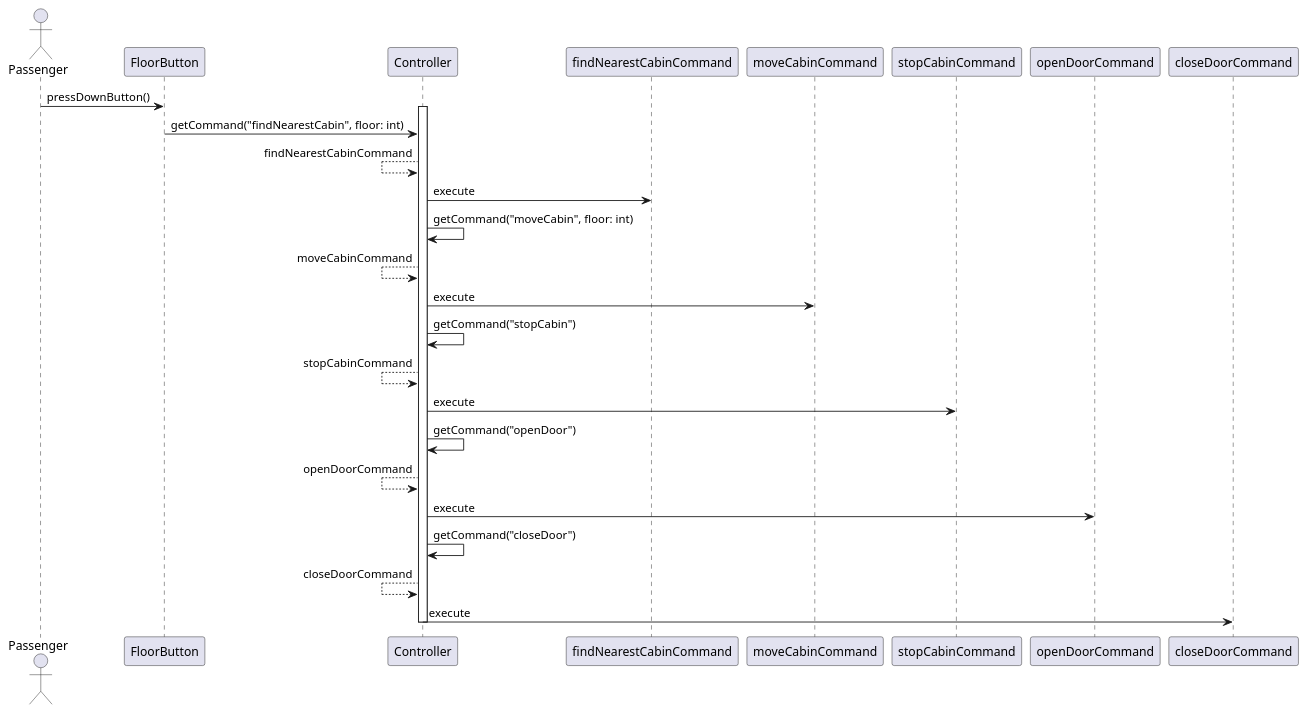
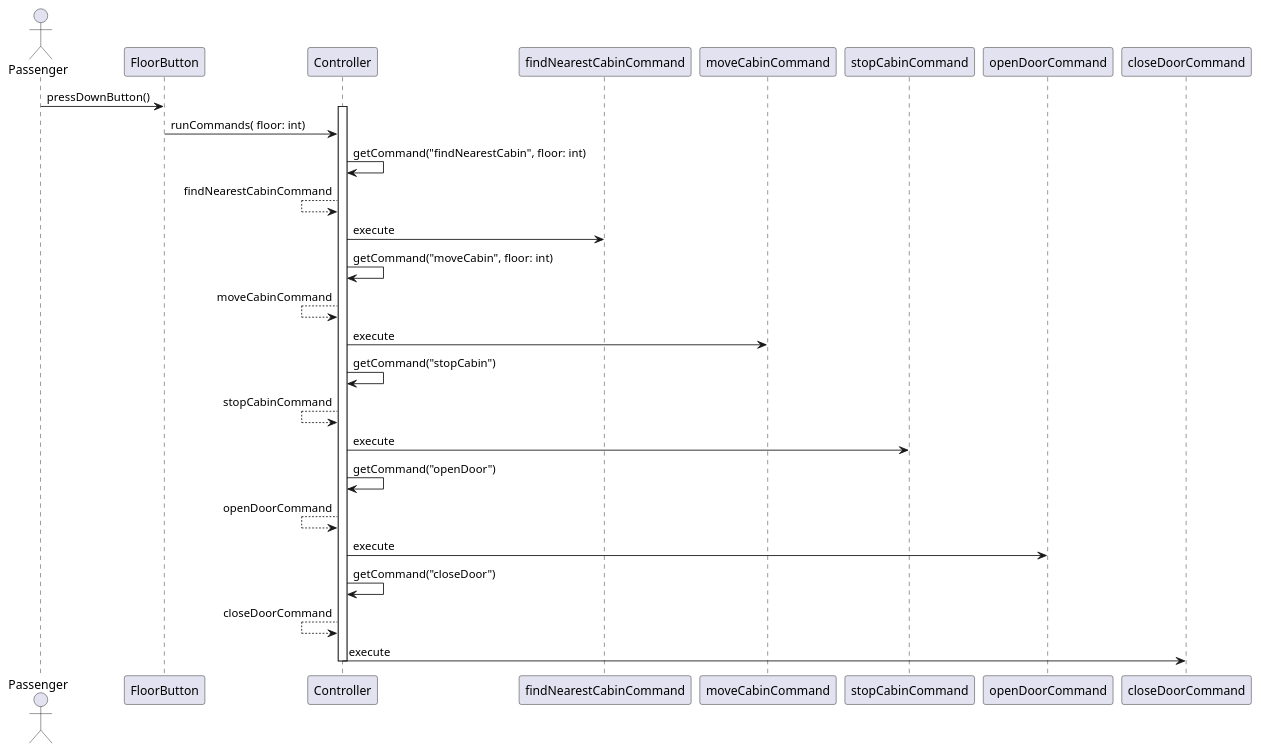
The diagram in src/documentation/cases/callCabin.puml (WhiteSnakeE/ElevatorDriver), drawn with PlantUML before and after one commit. The commit also changed 1 other file, not shown here.

Commit message:
add runComands

```diff
--- a/src/documentation/cases/callCabin.puml
+++ b/src/documentation/cases/callCabin.puml
@@ -1,27 +1,31 @@
 @startuml
 
 actor Passenger
 
 Passenger ->  FloorButton: pressDownButton()
 activate Controller
-FloorButton -> Controller: getCommand("findNearestCabin", floor: int)
+
+FloorButton -> Controller: runCommands( floor: int)
+
+Controller -> Controller: getCommand("findNearestCabin", floor: int)
+
 Controller <-- Controller: findNearestCabinCommand
 Controller -> findNearestCabinCommand: execute
 
 Controller -> Controller: getCommand("moveCabin", floor: int)
 Controller <-- Controller: moveCabinCommand
 Controller -> moveCabinCommand: execute
 
 Controller -> Controller: getCommand("stopCabin")
 Controller <-- Controller: stopCabinCommand
 Controller -> stopCabinCommand: execute
 
 Controller -> Controller: getCommand("openDoor")
 Controller <-- Controller: openDoorCommand
 Controller -> openDoorCommand: execute
 
 Controller -> Controller: getCommand("closeDoor")
 Controller <-- Controller: closeDoorCommand
 Controller -> closeDoorCommand: execute
 deactivate Controller
 @enduml
```
